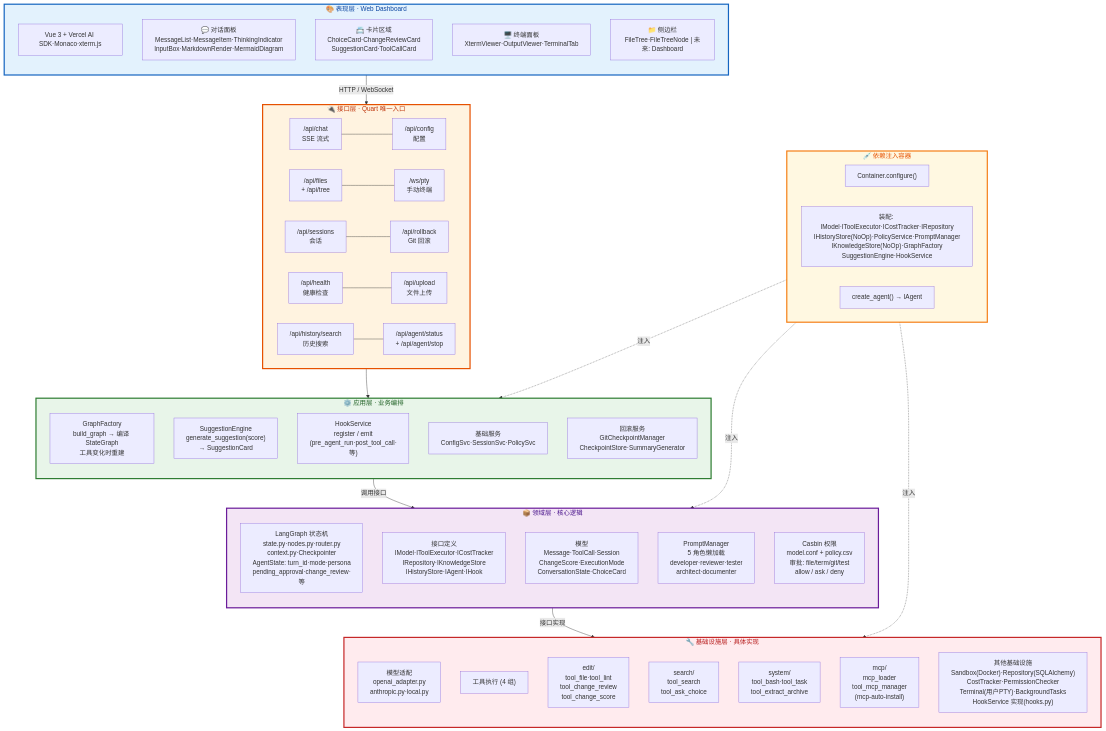
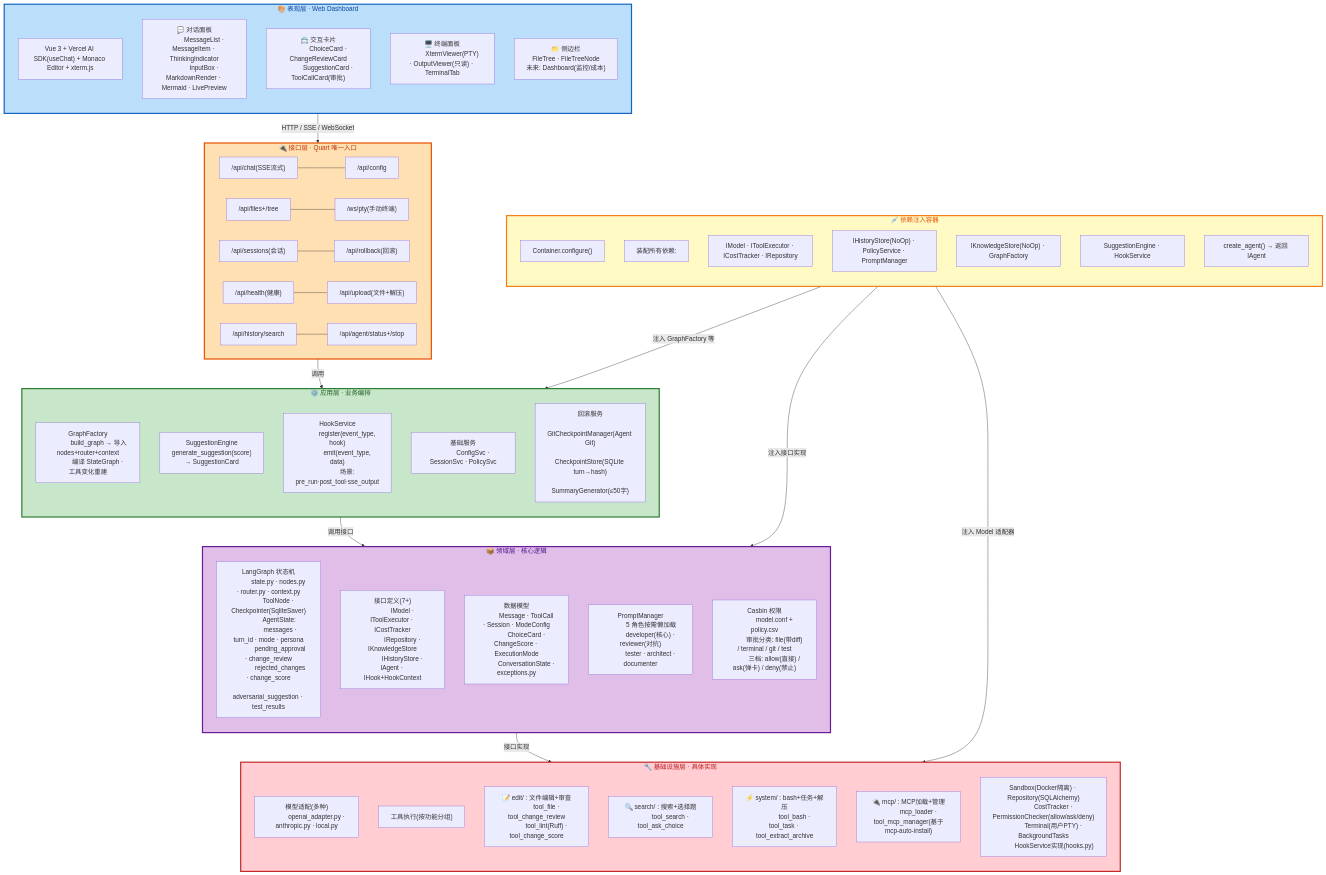
One commit to sunq0001/flypig changed the diagram in docs/docs_refactor/architecture-diagram.md. Above: the diagram before and after it, drawn with Mermaid. The commit also changed other lines of this file, not shown here.

Commit message:
docs: Mermaid 架构图全面完善 - 逐项对照补齐 + DI 分三层注入 + 深色色系

````diff
--- a/docs/docs_refactor/architecture-diagram.md
+++ b/docs/docs_refactor/architecture-diagram.md
@@ -3,70 +3,122 @@
 ```mermaid
 flowchart TD
-    subgraph PRESENTATION ["🎨 表现层 · Web Dashboard"]
+    subgraph PRESENTATION["🎨 表现层 · Web Dashboard"]
         direction TB
-        VUE["Vue 3 + Vercel AI SDK·Monaco·xterm.js"]
-        CHAT["💬 对话面板<br/>MessageList·MessageItem·ThinkingIndicator<br/>InputBox·MarkdownRender·MermaidDiagram"]
-        CARDS["📇 卡片区域<br/>ChoiceCard·ChangeReviewCard<br/>SuggestionCard·ToolCallCard"]
-        TERM["🖥️ 终端面板<br/>XtermViewer·OutputViewer·TerminalTab"]
-        SIDE["📁 侧边栏<br/>FileTree·FileTreeNode | 未来: Dashboard"]
+        VUE["Vue 3 + Vercel AI SDK(useChat) + Monaco Editor + xterm.js"]
+        CHAT["💬 对话面板
+            MessageList · MessageItem · ThinkingIndicator
+            InputBox · MarkdownRender · Mermaid · LivePreview"]
+        CARDS["📇 交互卡片
+            ChoiceCard · ChangeReviewCard
+            SuggestionCard · ToolCallCard(审批)"]
+        TERM["🖥️ 终端面板
+            XtermViewer(PTY) · OutputViewer(只读) · TerminalTab"]
+        SIDE["📁 侧边栏
+            FileTree · FileTreeNode
+            未来: Dashboard(监控/成本)"]
     end
 
-    subgraph INTERFACE ["🔌 接口层 · Quart 唯一入口"]
+    subgraph INTERFACE["🔌 接口层 · Quart 唯一入口"]
         direction LR
-        API1["/api/chat<br/>SSE 流式"] --- API2["/api/config<br/>配置"]
-        API3["/api/files<br/>+ /api/tree"] --- API4["/ws/pty<br/>手动终端"]
-        API5["/api/sessions<br/>会话"] --- API6["/api/rollback<br/>Git 回滚"]
-        API7["/api/health<br/>健康检查"] --- API8["/api/upload<br/>文件上传"]
-        API9["/api/history/search<br/>历史搜索"] --- API10["/api/agent/status<br/>+ /api/agent/stop"]
+        api1["/api/chat(SSE流式)"] --- api2["/api/config"]
+        api3["/api/files+/tree"] --- api4["/ws/pty(手动终端)"]
+        api5["/api/sessions(会话)"] --- api6["/api/rollback(回滚)"]
+        api7["/api/health(健康)"] --- api8["/api/upload(文件+解压)"]
+        api9["/api/history/search"] --- api10["/api/agent/status+/stop"]
     end
 
-    subgraph APPLICATION ["⚙️ 应用层 · 业务编排"]
+    subgraph APPLICATION["⚙️ 应用层 · 业务编排"]
         direction TB
-        GF["GraphFactory<br/>build_graph → 编译 StateGraph<br/>工具变化时重建"]
-        SE["SuggestionEngine<br/>generate_suggestion(score)<br/>→ SuggestionCard"]
-        HS["HookService<br/>register / emit<br/>(pre_agent_run·post_tool_call·等)"]
-        SVCS["基础服务<br/>ConfigSvc·SessionSvc·PolicySvc"]
-        CP["回滚服务<br/>GitCheckpointManager<br/>CheckpointStore·SummaryGenerator"]
+        GF["GraphFactory
+            build_graph → 导入nodes+router+context
+            编译 StateGraph · 工具变化重建"]
+        SE["SuggestionEngine
+            generate_suggestion(score)
+            → SuggestionCard"]
+        HS["HookService
+            register(event_type, hook)
+            emit(event_type, data)
+            场景: pre_run·post_tool·sse_output"]
+        SVC["基础服务
+            ConfigSvc · SessionSvc · PolicySvc"]
+        CP["回滚服务
+            GitCheckpointManager(Agent Git)
+            CheckpointStore(SQLite turn→hash)
+            SummaryGenerator(≤50字)"]
     end
 
-    subgraph DOMAIN ["📦 领域层 · 核心逻辑"]
+    subgraph DOMAIN["📦 领域层 · 核心逻辑"]
         direction TB
-        LG["LangGraph 状态机<br/>state.py·nodes.py·router.py<br/>context.py·Checkpointer<br/>AgentState: turn_id·mode·persona<br/>pending_approval·change_review·等"]
-        IF["接口定义<br/>IModel·IToolExecutor·ICostTracker<br/>IRepository·IKnowledgeStore<br/>IHistoryStore·IAgent·IHook"]
-        MDL["模型<br/>Message·ToolCall·Session<br/>ChangeScore·ExecutionMode<br/>ConversationState·ChoiceCard"]
-        PM["PromptManager<br/>5 角色懒加载<br/>developer·reviewer·tester<br/>architect·documenter"]
-        CAS["Casbin 权限<br/>model.conf + policy.csv<br/>审批: file/term/git/test<br/>allow / ask / deny"]
+        LG["LangGraph 状态机
+            state.py · nodes.py · router.py · context.py
+            ToolNode · Checkpointer(SqliteSaver)
+            AgentState:
+              messages · turn_id · mode · persona
+              pending_approval · change_review
+              rejected_changes · change_score
+              adversarial_suggestion · test_results"]
+        IF["接口定义(7+)
+            IModel · IToolExecutor · ICostTracker
+            IRepository · IKnowledgeStore
+            IHistoryStore · IAgent · IHook+HookContext"]
+        MDL["数据模型
+            Message · ToolCall · Session · ModeConfig
+            ChoiceCard · ChangeScore · ExecutionMode
+            ConversationState · exceptions.py"]
+        PM["PromptManager
+            5 角色按需懒加载
+            developer(核心) · reviewer(对抗)
+            tester · architect · documenter"]
+        CAS["Casbin 权限
+            model.conf + policy.csv
+            审批分类: file(带diff) / terminal / git / test
+            三档: allow(直接) / ask(弹卡) / deny(禁止)"]
     end
 
-    subgraph INFRASTRUCTURE ["🔧 基础设施层 · 具体实现"]
+    subgraph INFRASTRUCTURE["🔧 基础设施层 · 具体实现"]
         direction TB
-        MA["模型适配<br/>openai_adapter.py<br/>anthropic.py·local.py"]
-        TOOLS["工具执行 (4 组)"]
-        T1["edit/<br/>tool_file·tool_lint<br/>tool_change_review<br/>tool_change_score"]
-        T2["search/<br/>tool_search<br/>tool_ask_choice"]
-        T3["system/<br/>tool_bash·tool_task<br/>tool_extract_archive"]
-        T4["mcp/<br/>mcp_loader<br/>tool_mcp_manager<br/>(mcp-auto-install)"]
-        OTHER["其他基础设施<br/>Sandbox(Docker)·Repository(SQLAlchemy)<br/>CostTracker·PermissionChecker<br/>Terminal(用户PTY)·BackgroundTasks<br/>HookService 实现(hooks.py)"]
+        MA["模型适配(多种)
+            openai_adapter.py · anthropic.py · local.py"]
+        TOOLS["工具执行(按功能分组)"]
+        TE["📝 edit/ : 文件编辑+审查
+            tool_file · tool_change_review
+            tool_lint(Ruff) · tool_change_score"]
+        TS["🔍 search/ : 搜索+选择题
+            tool_search · tool_ask_choice"]
+        TY["⚡ system/ : bash+任务+解压
+            tool_bash · tool_task · tool_extract_archive"]
+        TM["🔌 mcp/ : MCP加载+管理
+            mcp_loader · tool_mcp_manager(基于mcp-auto-install)"]
+        O1["Sandbox(Docker隔离) · Repository(SQLAlchemy)
+            CostTracker · PermissionChecker(allow/ask/deny)
+            Terminal(用户PTY) · BackgroundTasks
+            HookService实现(hooks.py)"]
     end
 
-    subgraph DI ["💉 依赖注入容器"]
-        DI1["Container.configure()"]
-        DI2["装配: IModel·IToolExecutor·ICostTracker·IRepository<br/>IHistoryStore(NoOp)·PolicyService·PromptManager<br/>IKnowledgeStore(NoOp)·GraphFactory<br/>SuggestionEngine·HookService"]
-        DI3["create_agent() → IAgent"]
+    subgraph DI["💉 依赖注入容器"]
+        direction TB
+        DIT["Container.configure()"]
+        DIL["装配所有依赖:"]
+        DI1["IModel · IToolExecutor · ICostTracker · IRepository"]
+        DI2["IHistoryStore(NoOp) · PolicyService · PromptManager"]
+        DI3["IKnowledgeStore(NoOp) · GraphFactory"]
+        DI4["SuggestionEngine · HookService"]
+        DIO["create_agent() → 返回 IAgent"]
     end
 
-    PRESENTATION -->|HTTP / WebSocket| INTERFACE
-    INTERFACE --> APPLICATION
+    PRESENTATION -->|HTTP / SSE / WebSocket| INTERFACE
+    INTERFACE -->|调用| APPLICATION
     APPLICATION -->|调用接口| DOMAIN
     DOMAIN -->|接口实现| INFRASTRUCTURE
-    DI -.->|注入| APPLICATION
-    DI -.->|注入| DOMAIN
-    DI -.->|注入| INFRASTRUCTURE
 
-    style PRESENTATION fill:#E3F2FD,stroke:#1565C0,color:#0D47A1,stroke-width:3px
-    style INTERFACE fill:#FFF3E0,stroke:#E65100,color:#BF360C,stroke-width:3px
-    style APPLICATION fill:#E8F5E9,stroke:#2E7D32,color:#1B5E20,stroke-width:3px
-    style DOMAIN fill:#F3E5F5,stroke:#6A1B9A,color:#4A148C,stroke-width:3px
-    style INFRASTRUCTURE fill:#FFEBEE,stroke:#C62828,color:#B71C1C,stroke-width:3px
-    style DI fill:#FFF8E1,stroke:#F57F17,color:#E65100,stroke-width:3px
+    DI -->|注入 Model 适配器| INFRASTRUCTURE
+    DI -->|注入 GraphFactory 等| APPLICATION
+    DI -->|注入接口实现| DOMAIN
+
+    style PRESENTATION fill:#BBDEFB,stroke:#1565C0,color:#0D47A1,stroke-width:3px
+    style INTERFACE fill:#FFE0B2,stroke:#E65100,color:#BF360C,stroke-width:3px
+    style APPLICATION fill:#C8E6C9,stroke:#2E7D32,color:#1B5E20,stroke-width:3px
+    style DOMAIN fill:#E1BEE7,stroke:#6A1B9A,color:#4A148C,stroke-width:3px
+    style INFRASTRUCTURE fill:#FFCDD2,stroke:#C62828,color:#B71C1C,stroke-width:3px
+    style DI fill:#FFF9C4,stroke:#F57F17,color:#E65100,stroke-width:3px
 ```
````
